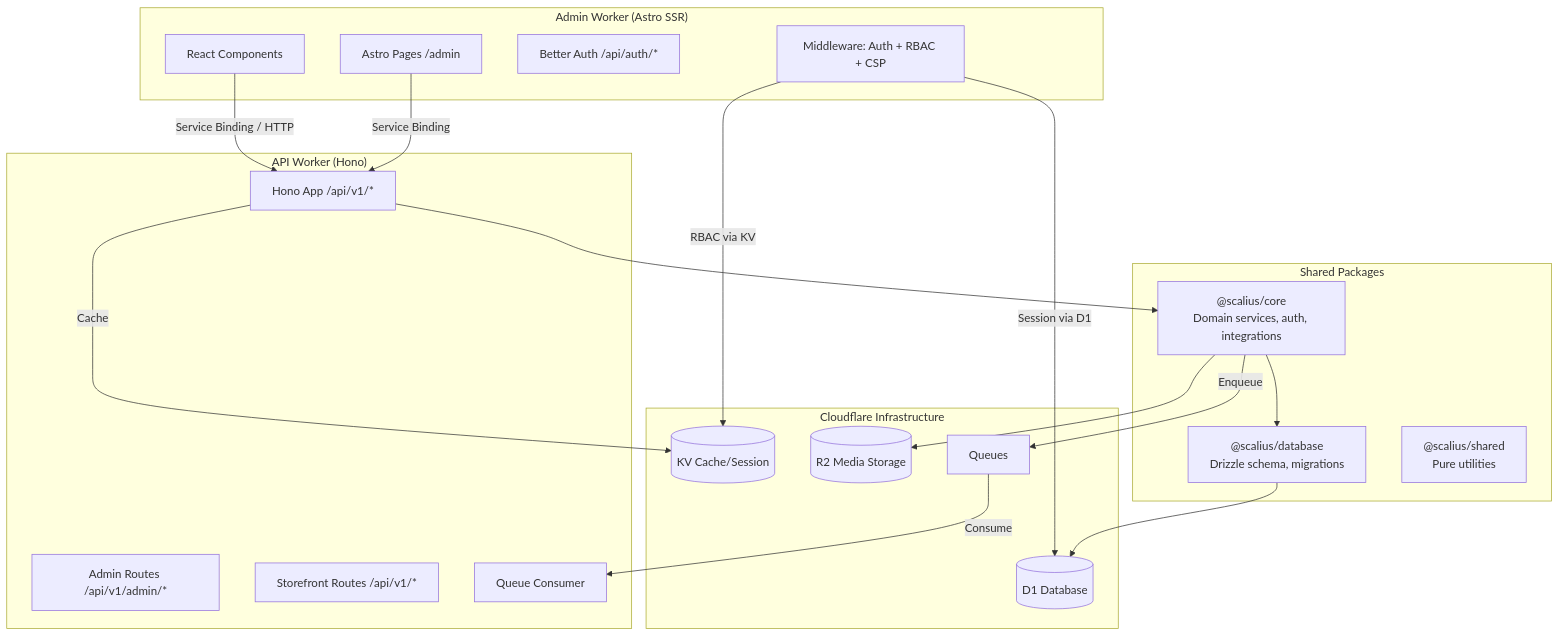
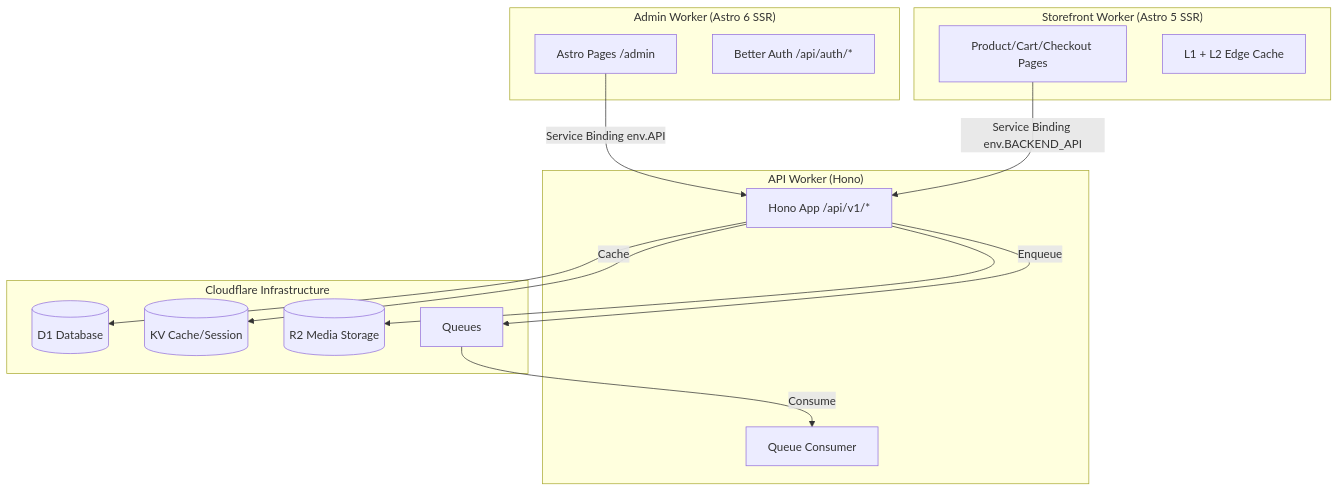
One commit to scaliuslabs/scalius-commerce-lite changed the diagram in README.MD. Above: the diagram before and after it, drawn with Mermaid. The commit also changed other lines of this file and 151 other files, not shown here.

````diff
--- a/README.MD
+++ b/README.MD
@@ -116,41 +119,32 @@
 ```mermaid
 flowchart TB
-    subgraph Admin ["Admin Worker (Astro SSR)"]
+    subgraph Admin ["Admin Worker (Astro 6 SSR)"]
         AdminPages[Astro Pages /admin]
-        AdminComponents[React Components]
         AuthPages[Better Auth /api/auth/*]
-        Middleware[Middleware: Auth + RBAC + CSP]
+    end
+
+    subgraph Storefront ["Storefront Worker (Astro 5 SSR)"]
+        StorefrontPages[Product/Cart/Checkout Pages]
+        EdgeCache[L1 + L2 Edge Cache]
     end
 
     subgraph API ["API Worker (Hono)"]
         HonoApp[Hono App /api/v1/*]
-        AdminAPI[Admin Routes /api/v1/admin/*]
-        StorefrontAPI[Storefront Routes /api/v1/*]
         QueueConsumer[Queue Consumer]
-    end
-
-    subgraph Packages [Shared Packages]
-        Core["@scalius/core<br/>Domain services, auth, integrations"]
-        Database["@scalius/database<br/>Drizzle schema, migrations"]
-        Shared["@scalius/shared<br/>Pure utilities"]
     end
 
     subgraph Infra [Cloudflare Infrastructure]
         D1[(D1 Database)]
         KV[(KV Cache/Session)]
         R2[(R2 Media Storage)]
         Queues[Queues]
     end
 
-    AdminPages -->|Service Binding| HonoApp
-    AdminComponents -->|Service Binding / HTTP| HonoApp
-    HonoApp --> Core
-    Core --> Database
-    Database --> D1
+    AdminPages -->|Service Binding env.API| HonoApp
+    StorefrontPages -->|Service Binding env.BACKEND_API| HonoApp
+    HonoApp --> D1
     HonoApp -->|Cache| KV
-    Core --> R2
-    Core -->|Enqueue| Queues
+    HonoApp --> R2
+    HonoApp -->|Enqueue| Queues
     Queues -->|Consume| QueueConsumer
-    Middleware -->|Session via D1| D1
-    Middleware -->|RBAC via KV| KV
 ```
````
